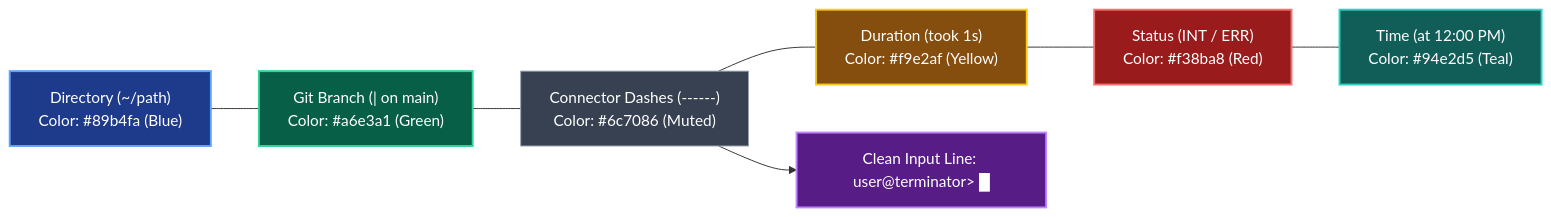
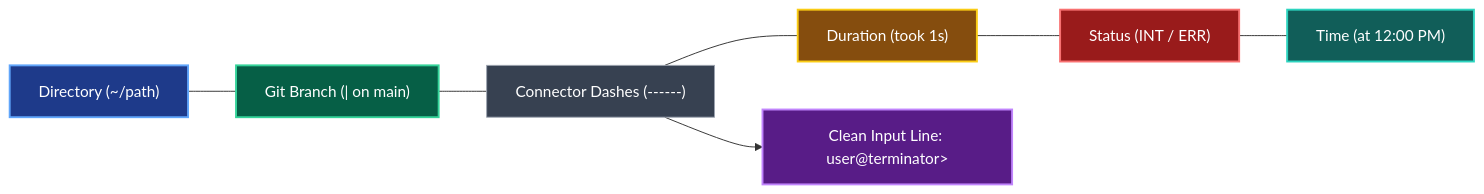
One commit to NiranjanHebli/terminator-core changed diagram 13 of 14 in docs/DESIGN.md. Above: the diagram before and after it, drawn with Mermaid. The commit also changed other lines of this file and 1 other file, not shown here.

Commit message:
docs: reorganize readme and fix design document diagrams
- reorganize readme into structured sections covering background tech stack features use cases and future scope
- fix syntax error on mermaid edge in architectural overview diagram
- remove raw hex color codes and special characters from status bar diagram labels

````diff
--- a/docs/DESIGN.md
+++ b/docs/DESIGN.md
@@ -679,29 +685,29 @@
 ```mermaid
 graph LR
-    P1["Directory (~/path)\nColor: #89b4fa (Blue)"]
-    P2["Git Branch (| on main)\nColor: #a6e3a1 (Green)"]
-    DASH["Connector Dashes (------)\nColor: #6c7086 (Muted)"]
-    P3["Duration (took 1s)\nColor: #f9e2af (Yellow)"]
-    P4["Status (INT / ERR)\nColor: #f38ba8 (Red)"]
-    P5["Time (at 12:00 PM)\nColor: #94e2d5 (Teal)"]
-    PROMPT["Clean Input Line: user@terminator> █"]
+    P1["Directory (~/path)"]
+    P2["Git Branch (| on main)"]
+    DASH["Connector Dashes (------)"]
+    P3["Duration (took 1s)"]
+    P4["Status (INT / ERR)"]
+    P5["Time (at 12:00 PM)"]
+    PROMPT["Clean Input Line: user@terminator>"]
 
     P1 --- P2 --- DASH --- P3 --- P4 --- P5
     DASH --> PROMPT
 
     classDef bluePill fill:#1e3a8a,stroke:#60a5fa,stroke-width:2px,color:#ffffff;
     classDef greenPill fill:#065f46,stroke:#34d399,stroke-width:2px,color:#ffffff;
     classDef yellowPill fill:#854d0e,stroke:#facc15,stroke-width:2px,color:#ffffff;
     classDef redPill fill:#991b1b,stroke:#f87171,stroke-width:2px,color:#ffffff;
     classDef tealPill fill:#115e59,stroke:#2dd4bf,stroke-width:2px,color:#ffffff;
     classDef spacer fill:#374151,stroke:#9ca3af,stroke-width:1px,color:#ffffff;
     classDef prompt fill:#581c87,stroke:#c084fc,stroke-width:2px,color:#ffffff;
 
     class P1 bluePill;
     class P2 greenPill;
     class P3 yellowPill;
     class P4 redPill;
     class P5 tealPill;
     class DASH spacer;
     class PROMPT prompt;
 ```
````
